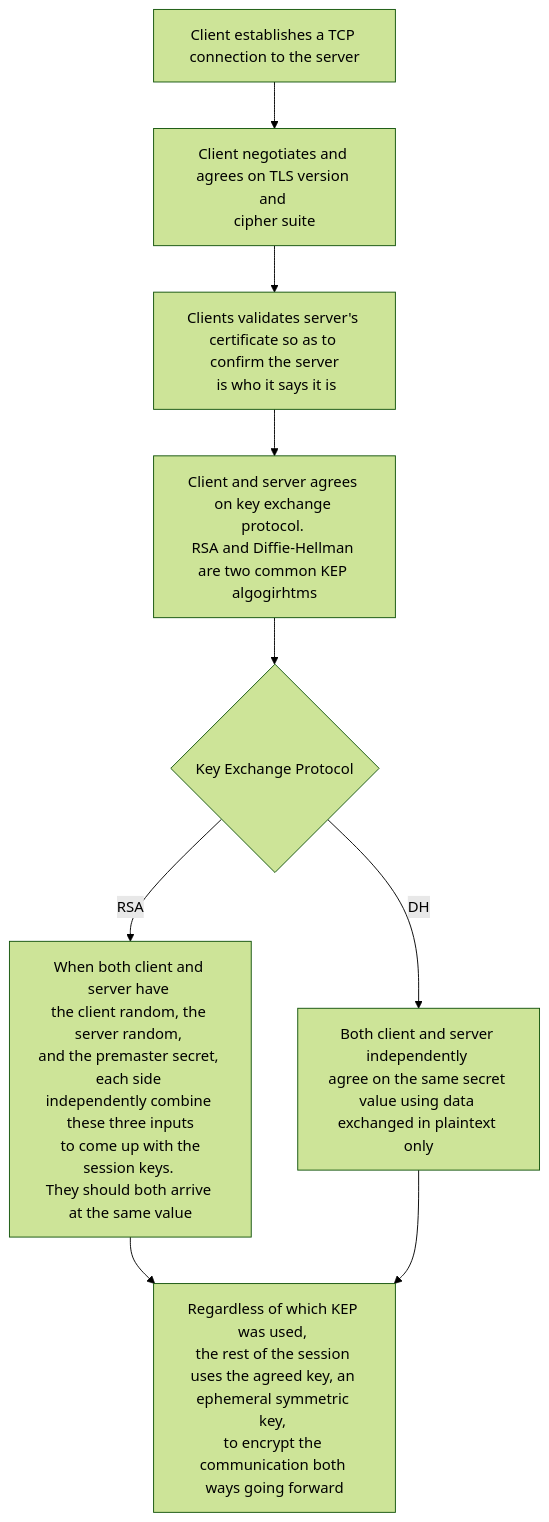
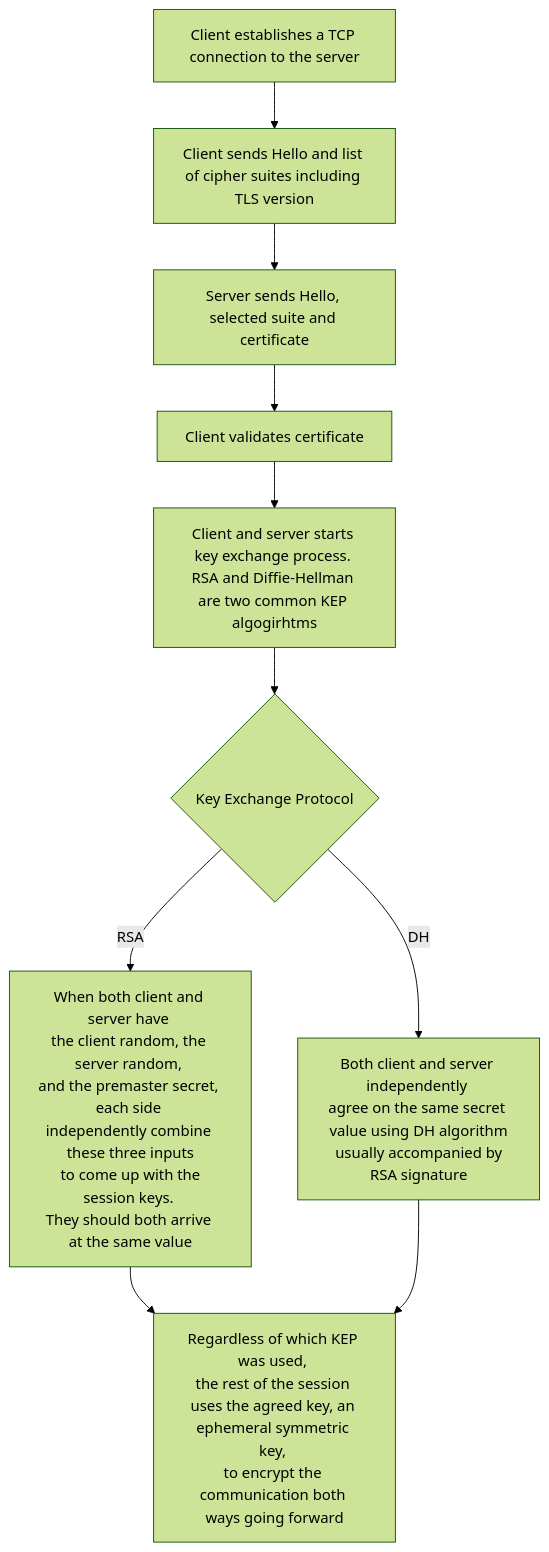
One commit to davxiao/davidxiao-web changed the diagram in content/post/tls-handshake-in-a-nutshell/index.md. Above: the diagram before and after it, drawn with Mermaid (forest theme). The commit also changed other lines of this file and 14 other files, not shown here.

````diff
--- a/content/post/tls-handshake-in-a-nutshell/index.md
+++ b/content/post/tls-handshake-in-a-nutshell/index.md
@@ -40,10 +40,10 @@
 ```mermaid
 graph TD;
-    A[Client establishes a TCP connection to the server] -->B[Client negotiates and agrees on TLS version and <br/>cipher suite] -->C[Clients validates server's certificate so as to confirm the server<br/> is who it says it is]
-    C --> D[Client and server agrees on key exchange protocol. <br/>RSA and Diffie-Hellman are two common KEP algogirhtms]
-    D --> E{Key Exchange Protocol}
-    E -->|RSA| F[When both client and server have <br/>the client random, the server random, <br/>and the premaster secret, each side <br/>independently combine these three inputs<br/> to come up with the session keys. <br/>They should both arrive at the same value]
-    E -->|DH| G[Both client and server independently <br/>agree on the same secret value using data <br/>exchanged in plaintext only]
-    F -->H[Regardless of which KEP was used, <br/>the rest of the session uses the agreed key, an ephemeral symmetric key, <br/>to encrypt the communication both ways going forward]
-    G -->H
+    A[Client establishes a TCP connection to the server] -->B[Client sends Hello and list of cipher suites including TLS version] -->C[Server sends Hello, selected suite and certificate] --> D[Client validates certificate]
+    D --> E[Client and server starts key exchange process. <br/>RSA and Diffie-Hellman are two common KEP algogirhtms]
+    E --> F{Key Exchange Protocol}
+    F -->|RSA| G[When both client and server have <br/>the client random, the server random, <br/>and the premaster secret, each side <br/>independently combine these three inputs<br/> to come up with the session keys. <br/>They should both arrive at the same value]
+    F -->|DH| H[Both client and server independently <br/>agree on the same secret value using DH algorithm<br/> usually accompanied by RSA signature]
+    G -->I[Regardless of which KEP was used, <br/>the rest of the session uses the agreed key, an ephemeral symmetric key, <br/>to encrypt the communication both ways going forward]
+    H -->I
 ```
````
